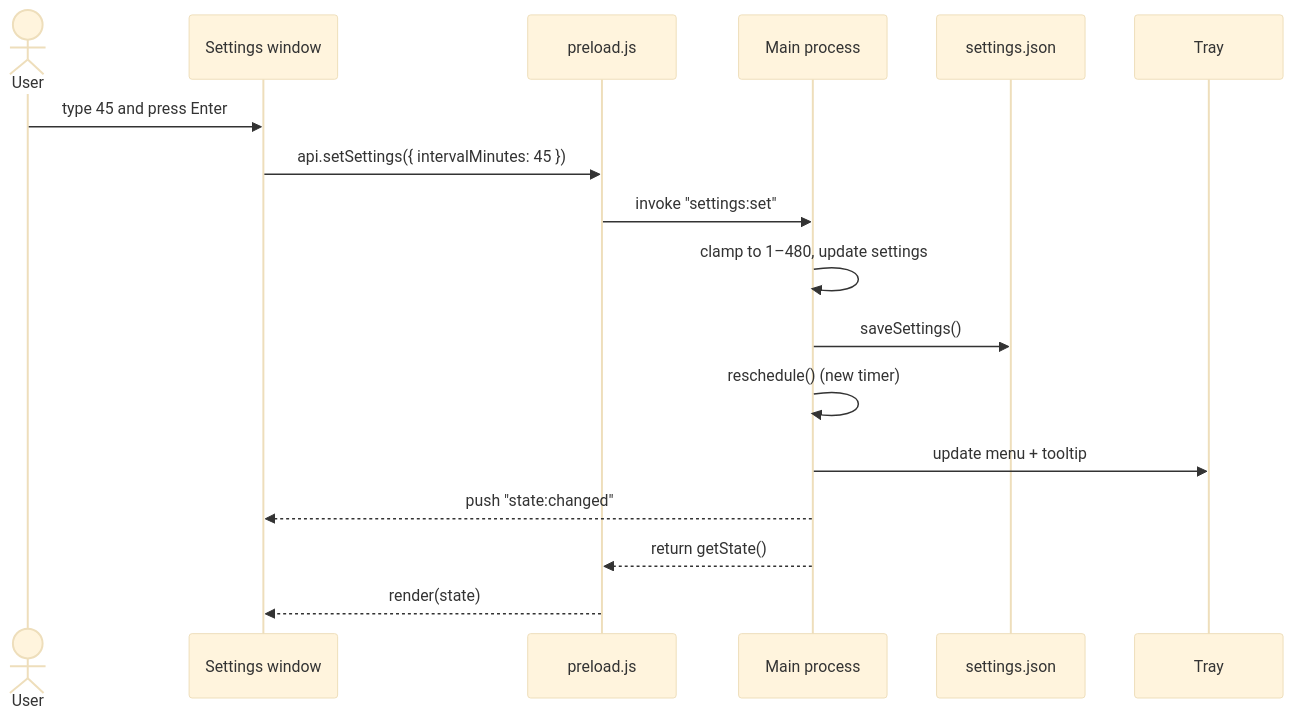
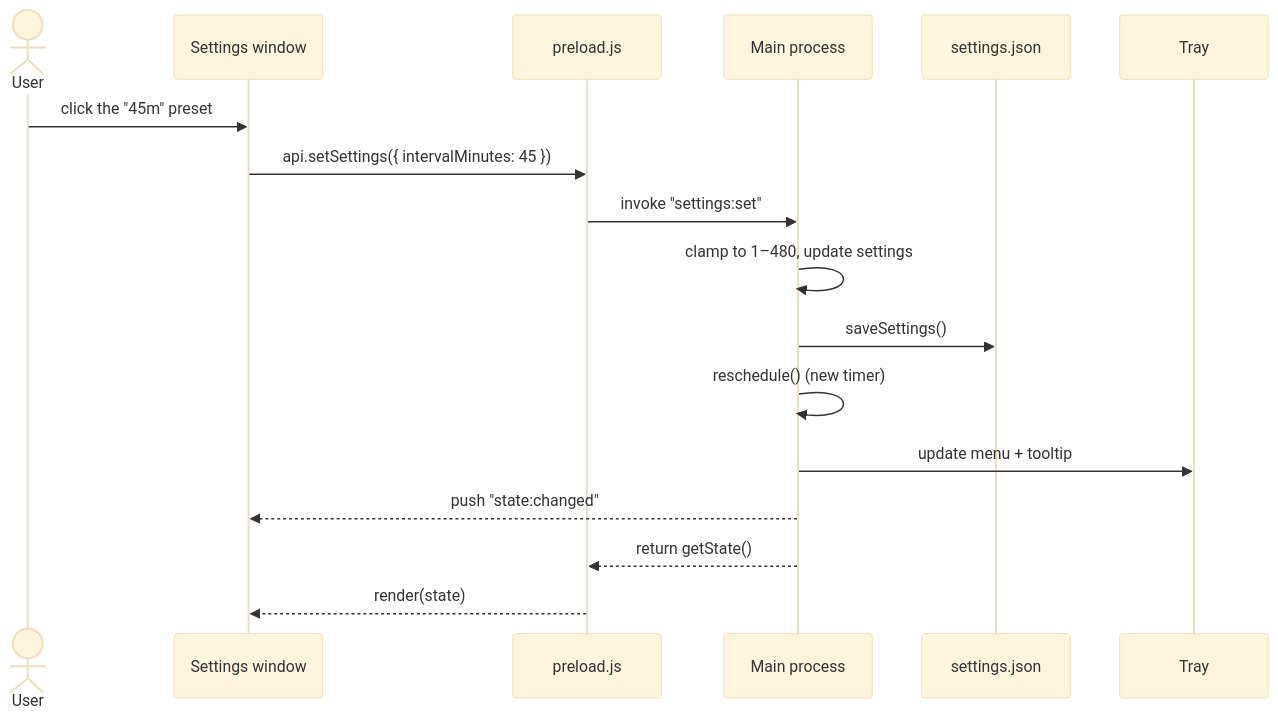
One commit to eduardosch/water-reminder changed the ninth of 13 diagrams in docs/workflow.md. Above: the diagram before and after it, drawn with Mermaid (base theme). The commit also changed other lines of this file and 11 other files, not shown here.

````diff
--- a/docs/workflow.md
+++ b/docs/workflow.md
@@ -292,20 +300,20 @@
 ```mermaid
 sequenceDiagram
   actor U as User
   participant S as Settings window
   participant B as preload.js
   participant M as Main process
   participant F as settings.json
   participant T as Tray
 
-  U->>S: type 45 and press Enter
+  U->>S: click the "45m" preset
   S->>B: api.setSettings({ intervalMinutes: 45 })
   B->>M: invoke "settings:set"
   M->>M: clamp to 1–480, update settings
   M->>F: saveSettings()
   M->>M: reschedule() (new timer)
   M->>T: update menu + tooltip
   M-->>S: push "state:changed"
   M-->>B: return getState()
   B-->>S: render(state)
 ```
````
